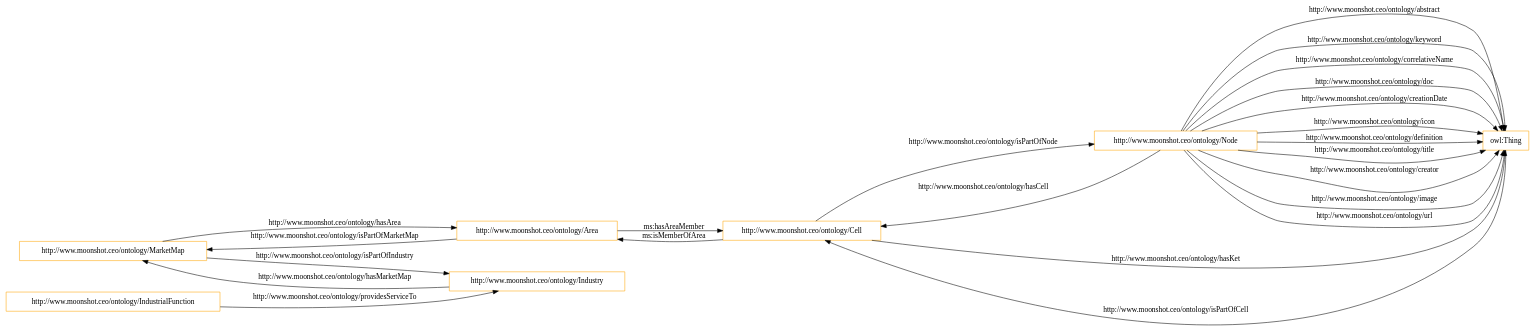
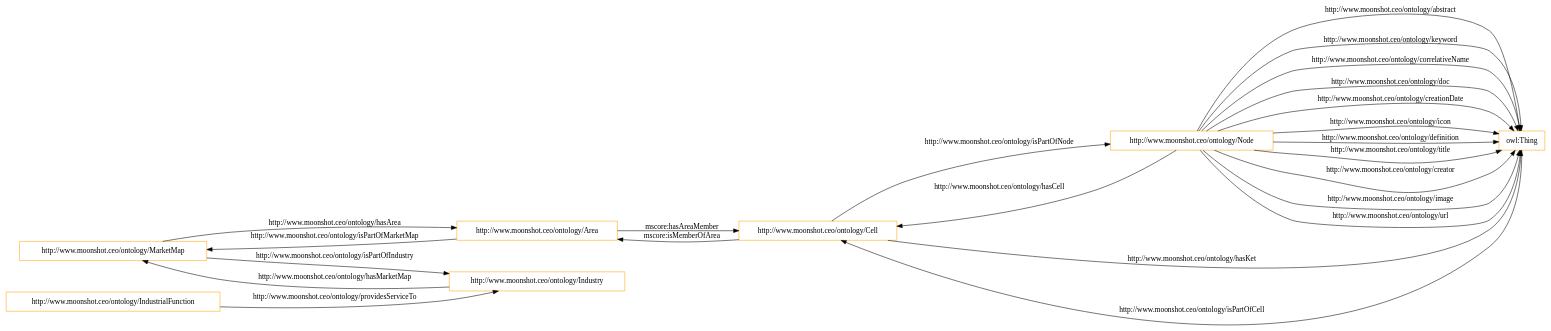
Before and after one commit to oeg-upm/IEBrain: the diagram in OnToology/iebrain-core.owl/diagrams/ar2dtool-class/iebrain-core.owl.png.dot, drawn with Graphviz. The commit also changed 38 other files, not shown here.

```diff
--- a/OnToology/iebrain-core.owl/diagrams/ar2dtool-class/iebrain-core.owl.png.dot
+++ b/OnToology/iebrain-core.owl/diagrams/ar2dtool-class/iebrain-core.owl.png.dot
@@ -1,28 +1,28 @@
 digraph ar2dtool_diagram { 
 rankdir=LR;
 size="1501"
 node [shape = rectangle, color="orange"]; "http://www.moonshot.ceo/ontology/MarketMap" "http://www.moonshot.ceo/ontology/Node" "http://www.moonshot.ceo/ontology/Area" "http://www.moonshot.ceo/ontology/Cell" "http://www.moonshot.ceo/ontology/Industry" "http://www.moonshot.ceo/ontology/IndustrialFunction" "owl:Thing" ; /*classes style*/
 	"http://www.moonshot.ceo/ontology/IndustrialFunction" -> "http://www.moonshot.ceo/ontology/Industry" [ label = "http://www.moonshot.ceo/ontology/providesServiceTo" ];
 	"http://www.moonshot.ceo/ontology/Node" -> "owl:Thing" [ label = "http://www.moonshot.ceo/ontology/abstract" ];
 	"http://www.moonshot.ceo/ontology/Node" -> "owl:Thing" [ label = "http://www.moonshot.ceo/ontology/keyword" ];
 	"http://www.moonshot.ceo/ontology/Node" -> "owl:Thing" [ label = "http://www.moonshot.ceo/ontology/correlativeName" ];
 	"http://www.moonshot.ceo/ontology/Node" -> "owl:Thing" [ label = "http://www.moonshot.ceo/ontology/doc" ];
 	"http://www.moonshot.ceo/ontology/Cell" -> "http://www.moonshot.ceo/ontology/Node" [ label = "http://www.moonshot.ceo/ontology/isPartOfNode" ];
 	"http://www.moonshot.ceo/ontology/Industry" -> "http://www.moonshot.ceo/ontology/MarketMap" [ label = "http://www.moonshot.ceo/ontology/hasMarketMap" ];
 	"http://www.moonshot.ceo/ontology/Node" -> "owl:Thing" [ label = "http://www.moonshot.ceo/ontology/creationDate" ];
 	"http://www.moonshot.ceo/ontology/Node" -> "owl:Thing" [ label = "http://www.moonshot.ceo/ontology/icon" ];
 	"http://www.moonshot.ceo/ontology/Area" -> "http://www.moonshot.ceo/ontology/MarketMap" [ label = "http://www.moonshot.ceo/ontology/isPartOfMarketMap" ];
 	"http://www.moonshot.ceo/ontology/Node" -> "http://www.moonshot.ceo/ontology/Cell" [ label = "http://www.moonshot.ceo/ontology/hasCell" ];
-	"http://www.moonshot.ceo/ontology/Cell" -> "http://www.moonshot.ceo/ontology/Area" [ label = "ms:isMemberOfArea" ];
+	"http://www.moonshot.ceo/ontology/Cell" -> "http://www.moonshot.ceo/ontology/Area" [ label = "mscore:isMemberOfArea" ];
 	"owl:Thing" -> "http://www.moonshot.ceo/ontology/Cell" [ label = "http://www.moonshot.ceo/ontology/isPartOfCell" ];
 	"http://www.moonshot.ceo/ontology/Cell" -> "owl:Thing" [ label = "http://www.moonshot.ceo/ontology/hasKet" ];
 	"http://www.moonshot.ceo/ontology/MarketMap" -> "http://www.moonshot.ceo/ontology/Area" [ label = "http://www.moonshot.ceo/ontology/hasArea" ];
 	"http://www.moonshot.ceo/ontology/Node" -> "owl:Thing" [ label = "http://www.moonshot.ceo/ontology/definition" ];
 	"http://www.moonshot.ceo/ontology/MarketMap" -> "http://www.moonshot.ceo/ontology/Industry" [ label = "http://www.moonshot.ceo/ontology/isPartOfIndustry" ];
 	"http://www.moonshot.ceo/ontology/Node" -> "owl:Thing" [ label = "http://www.moonshot.ceo/ontology/title" ];
 	"http://www.moonshot.ceo/ontology/Node" -> "owl:Thing" [ label = "http://www.moonshot.ceo/ontology/creator" ];
 	"http://www.moonshot.ceo/ontology/Node" -> "owl:Thing" [ label = "http://www.moonshot.ceo/ontology/image" ];
 	"http://www.moonshot.ceo/ontology/Node" -> "owl:Thing" [ label = "http://www.moonshot.ceo/ontology/url" ];
-	"http://www.moonshot.ceo/ontology/Area" -> "http://www.moonshot.ceo/ontology/Cell" [ label = "ms:hasAreaMember" ];
+	"http://www.moonshot.ceo/ontology/Area" -> "http://www.moonshot.ceo/ontology/Cell" [ label = "mscore:hasAreaMember" ];
 
 }
```
